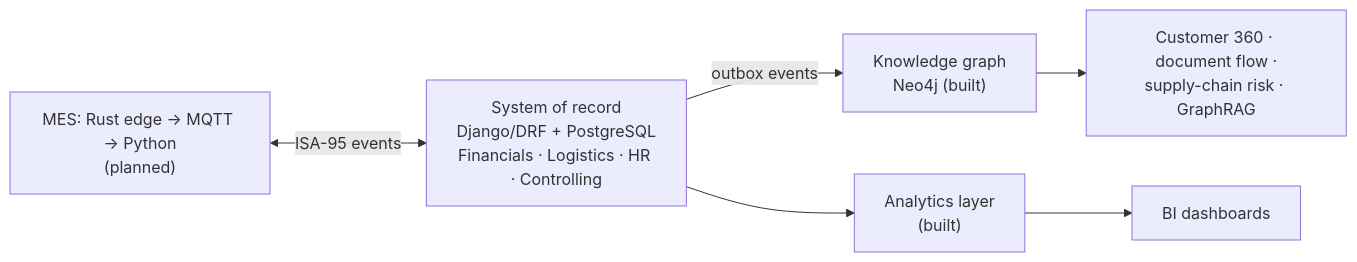
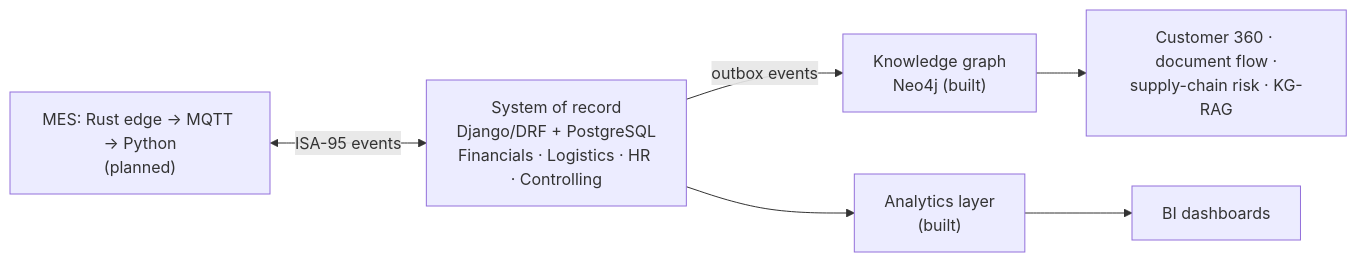
Before and after one commit to mokwenaanthony-dev/ERP-Intelligence: the diagram in README.md, drawn with Mermaid. The commit also changed other lines of this file and 13 other files, not shown here.

Commit message:
Docs: design review (ISA-95 levels, KG-RAG, UNS conventions) and architecture decision records

````diff
--- a/README.md
+++ b/README.md
@@ -23,8 +24,8 @@
 ```mermaid
 flowchart LR
     MES["MES: Rust edge → MQTT → Python<br/>(planned)"] <-->|ISA-95 events| CORE
     CORE["System of record<br/>Django/DRF + PostgreSQL<br/>Financials · Logistics · HR · Controlling"] -- "outbox events" --> KG["Knowledge graph<br/>Neo4j (built)"]
     CORE --> AN["Analytics layer<br/>(built)"]
-    KG --> AI["Customer 360 · document flow ·<br/>supply-chain risk · GraphRAG"]
+    KG --> AI["Customer 360 · document flow ·<br/>supply-chain risk · KG-RAG"]
     AN --> BI["BI dashboards"]
 ```
````
